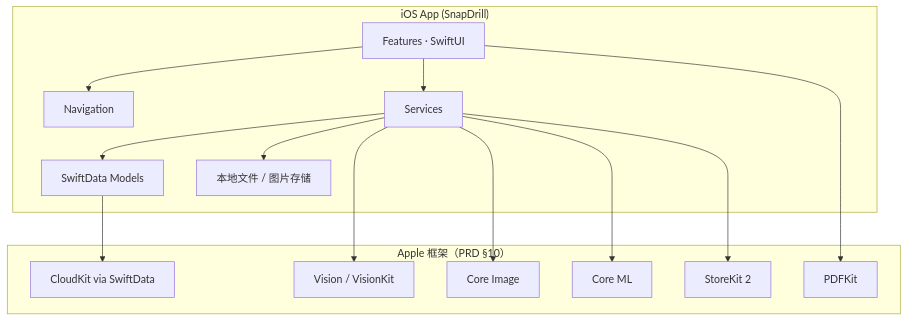
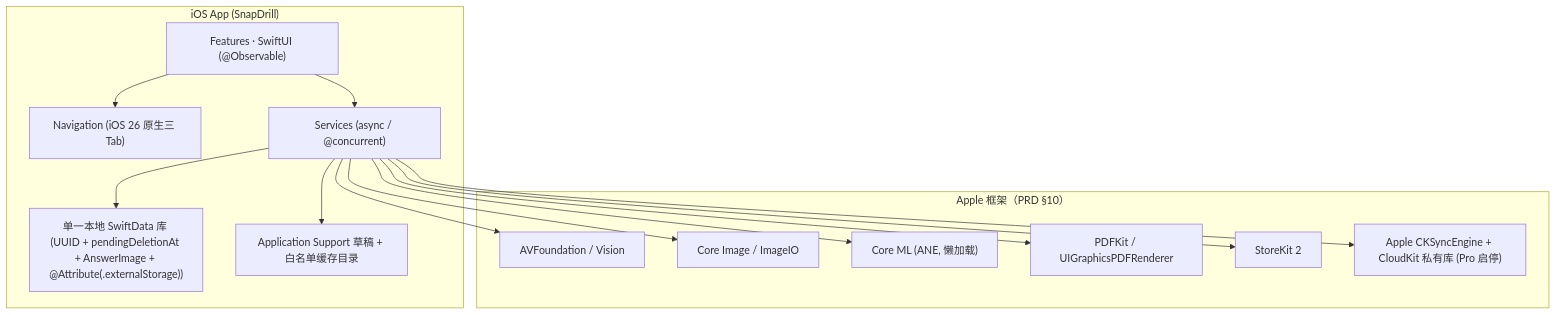
One commit to NotBad-Labs/snapdrill-ios changed the diagram in Docs/ARCHITECTURE.md. Above: the diagram before and after it, drawn with Mermaid. The commit also changed other lines of this file and 12 other files, not shown here.

````diff
--- a/Docs/ARCHITECTURE.md
+++ b/Docs/ARCHITECTURE.md
@@ -25,28 +25,28 @@
 ```mermaid
 flowchart TB
     subgraph app["iOS App (SnapDrill)"]
-        UI["Features · SwiftUI"]
-        NAV["Navigation"]
-        SVC["Services"]
-        DS["SwiftData Models"]
-        FS["本地文件 / 图片存储"]
+        UI["Features · SwiftUI (@Observable)"]
+        NAV["Navigation (iOS 26 原生三 Tab)"]
+        SVC["Services (async / @concurrent)"]
+        DS["单一本地 SwiftData 库 (UUID + pendingDeletionAt + AnswerImage + @Attribute(.externalStorage))"]
+        ST["Application Support 草稿 + 白名单缓存目录"]
     end
     subgraph apple["Apple 框架（PRD §10）"]
-        VN["Vision / VisionKit"]
-        CI["Core Image"]
-        ML["Core ML"]
-        PDF["PDFKit"]
+        AV["AVFoundation / Vision"]
+        CI["Core Image / ImageIO"]
+        ML["Core ML (ANE, 懒加载)"]
+        PDF["PDFKit / UIGraphicsPDFRenderer"]
         SK["StoreKit 2"]
-        CK["CloudKit via SwiftData"]
+        CK["Apple CKSyncEngine + CloudKit 私有库 (Pro 启停)"]
     end
     UI --> NAV
     UI --> SVC
     SVC --> DS
-    SVC --> FS
-    SVC --> VN
+    SVC --> ST
+    SVC --> AV
     SVC --> CI
     SVC --> ML
-    UI --> PDF
+    SVC --> PDF
     SVC --> SK
-    DS --> CK
+    SVC --> CK
 ```
````
